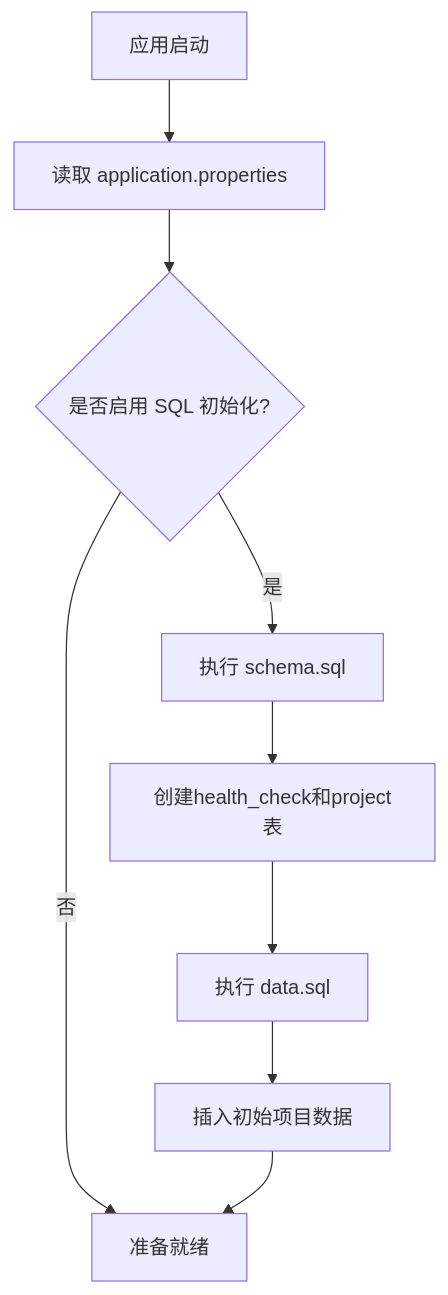
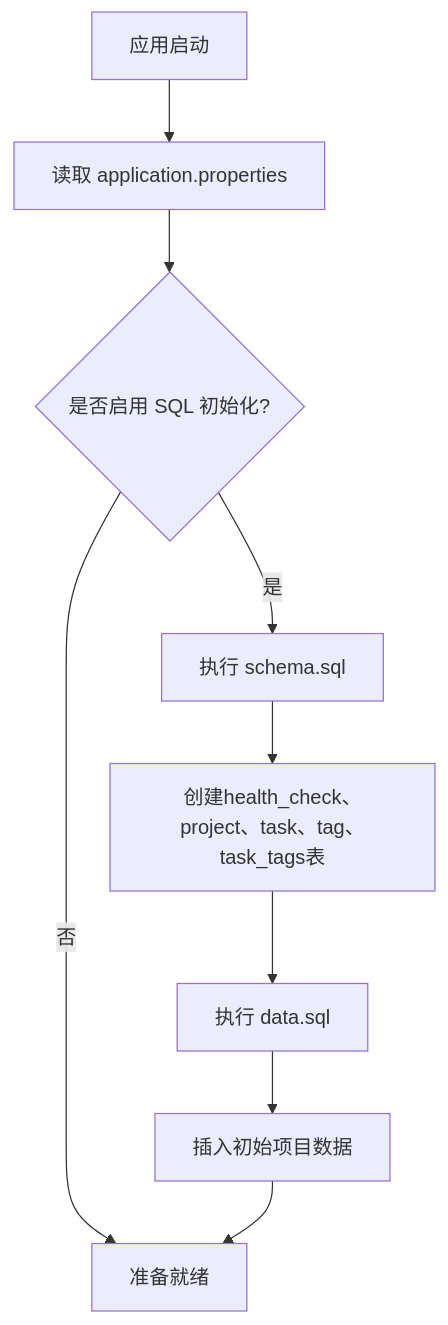
One commit to zhou9832/test1-qoder changed diagram 14 of 17 in .qoder/repowiki/zh/content/后端架构/后端架构.md. Above: the diagram before and after it, drawn with Mermaid. The commit also changed other lines of this file and 92 other files, not shown here.

````diff
--- a/.qoder/repowiki/zh/content/后端架构/后端架构.md
+++ b/.qoder/repowiki/zh/content/后端架构/后端架构.md
@@ -308,11 +656,11 @@
 ```mermaid
 flowchart TD
 InitStart["应用启动"] --> LoadProps["读取 application.properties"]
 LoadProps --> InitMode{"是否启用 SQL 初始化?"}
 InitMode --> |是| ExecSchema["执行 schema.sql"]
-ExecSchema --> CreateTables["创建health_check和project表"]
+ExecSchema --> CreateTables["创建health_check、project、task、tag、task_tags表"]
 CreateTables --> ExecData["执行 data.sql"]
 ExecData --> InsertData["插入初始项目数据"]
 InitMode --> |否| Ready["准备就绪"]
 InsertData --> Ready
 ```
````
